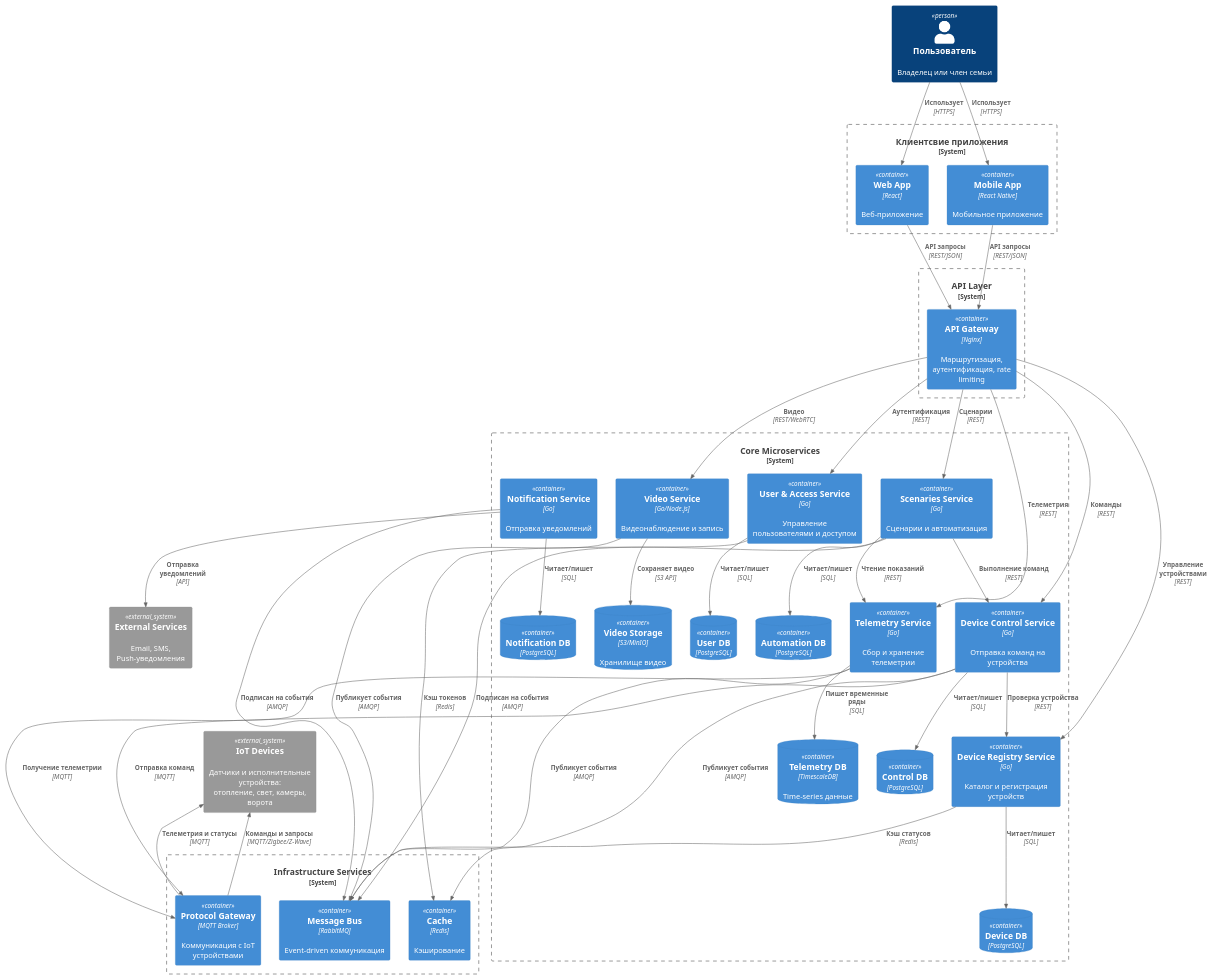
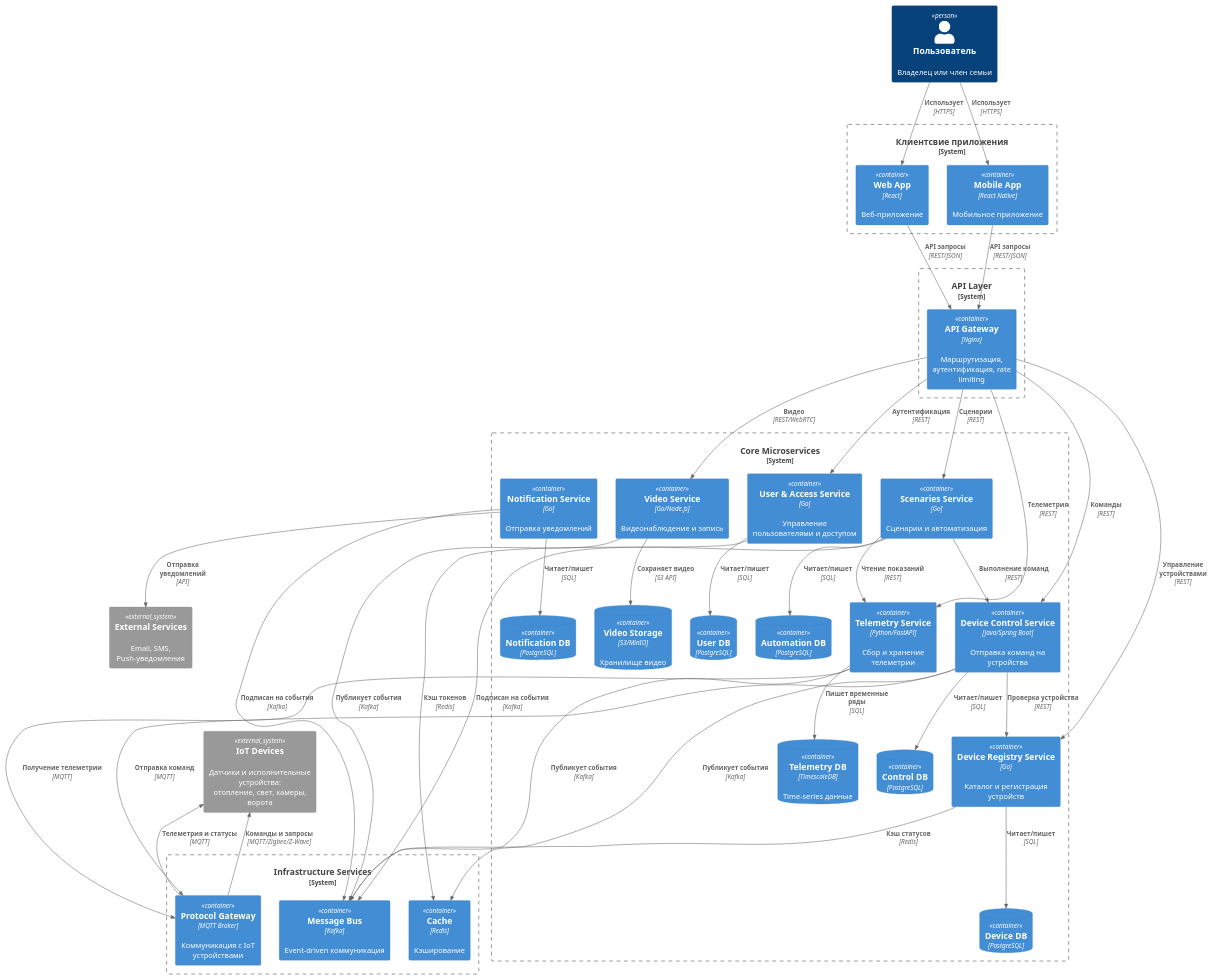
Before and after one commit to Vrg26/pro-warmhouse: the diagram in schemas/to_be/containers.puml, drawn with PlantUML. The commit also changed 7 other files, not shown here.

Commit message:
fix diagrams

```diff
--- a/schemas/to_be/containers.puml
+++ b/schemas/to_be/containers.puml
@@ -1,88 +1,88 @@
 @startuml
 !includeurl ../C4-lib/c4_Container.puml
 
 Person(user, "Пользователь", "Владелец или член семьи")
 
 System_Boundary(clientApps, "Клиентсвие приложения") {
     Container(webApp, "Web App", "React", "Веб-приложение")
     Container(mobileApp, "Mobile App", "React Native", "Мобильное приложение")
 }
 
 System_Boundary(apiLayer, "API Layer") {
     Container(apiGateway, "API Gateway", "Nginx", "Маршрутизация, аутентификация, rate limiting")
 }
 
 System_Boundary(coreServices, "Core Microservices") {
     Container(userService, "User & Access Service", "Go", "Управление пользователями и доступом")
     ContainerDb(userDb, "User DB", "PostgreSQL", "")
 
     Container(deviceRegistry, "Device Registry Service", "Go", "Каталог и регистрация устройств")
     ContainerDb(deviceDb, "Device DB", "PostgreSQL", "")
 
-    Container(deviceControl, "Device Control Service", "Go", "Отправка команд на устройства")
+    Container(deviceControl, "Device Control Service", "Java/Spring Boot", "Отправка команд на устройства")
     ContainerDb(controlDb, "Control DB", "PostgreSQL", "")
 
-    Container(telemetryService, "Telemetry Service", "Go", "Сбор и хранение телеметрии")
+    Container(telemetryService, "Telemetry Service", "Python/FastAPI", "Сбор и хранение телеметрии")
     ContainerDb(telemetryDb, "Telemetry DB", "TimescaleDB", "Time-series данные")
 
     Container(automationService, "Scenaries Service", "Go", "Сценарии и автоматизация")
     ContainerDb(automationDb, "Automation DB", "PostgreSQL", "")
 
     Container(notificationService, "Notification Service", "Go", "Отправка уведомлений")
     ContainerDb(notificationDb, "Notification DB", "PostgreSQL", "")
 
     Container(videoService, "Video Service", "Go/Node.js", "Видеонаблюдение и запись")
     ContainerDb(videoStorage, "Video Storage", "S3/MinIO", "Хранилище видео")
 }
 
 System_Boundary(infrastructure, "Infrastructure Services") {
     Container(protocolGateway, "Protocol Gateway", "MQTT Broker", "Коммуникация с IoT устройствами")
-    Container(messageBus, "Message Bus", "RabbitMQ", "Event-driven коммуникация")
+    Container(messageBus, "Message Bus", "Kafka", "Event-driven коммуникация")
     Container(cache, "Cache", "Redis", "Кэширование")
 }
 
 System_Ext(externalServices, "External Services", "Email, SMS, Push-уведомления")
 System_Ext(iotDevices, "IoT Devices", "Датчики и исполнительные устройства:\nотопление, свет, камеры, ворота")
 
 Rel(user, webApp, "Использует", "HTTPS")
 Rel(user, mobileApp, "Использует", "HTTPS")
 
 Rel(webApp, apiGateway, "API запросы", "REST/JSON")
 Rel(mobileApp, apiGateway, "API запросы", "REST/JSON")
 
 Rel(apiGateway, userService, "Аутентификация", "REST")
 Rel(apiGateway, deviceRegistry, "Управление устройствами", "REST")
 Rel(apiGateway, deviceControl, "Команды", "REST")
 Rel(apiGateway, telemetryService, "Телеметрия", "REST")
 Rel(apiGateway, automationService, "Сценарии", "REST")
 Rel(apiGateway, videoService, "Видео", "REST/WebRTC")
 
 Rel(userService, userDb, "Читает/пишет", "SQL")
 Rel(deviceRegistry, deviceDb, "Читает/пишет", "SQL")
 Rel(deviceControl, controlDb, "Читает/пишет", "SQL")
 Rel(telemetryService, telemetryDb, "Пишет временные ряды", "SQL")
 Rel(automationService, automationDb, "Читает/пишет", "SQL")
 Rel(notificationService, notificationDb, "Читает/пишет", "SQL")
 Rel(videoService, videoStorage, "Сохраняет видео", "S3 API")
 
 Rel(deviceControl, deviceRegistry, "Проверка устройства", "REST")
 Rel(automationService, deviceControl, "Выполнение команд", "REST")
 Rel(automationService, telemetryService, "Чтение показаний", "REST")
 
 Rel(deviceControl, protocolGateway, "Отправка команд", "MQTT")
 Rel(telemetryService, protocolGateway, "Получение телеметрии", "MQTT")
 Rel(userService, cache, "Кэш токенов", "Redis")
 Rel(deviceRegistry, cache, "Кэш статусов", "Redis")
 
-Rel(deviceControl, messageBus, "Публикует события", "AMQP")
-Rel(telemetryService, messageBus, "Публикует события", "AMQP")
-Rel(videoService, messageBus, "Публикует события", "AMQP")
-Rel(automationService, messageBus, "Подписан на события", "AMQP")
-Rel(notificationService, messageBus, "Подписан на события", "AMQP")
+Rel(deviceControl, messageBus, "Публикует события", "Kafka")
+Rel(telemetryService, messageBus, "Публикует события", "Kafka")
+Rel(videoService, messageBus, "Публикует события", "Kafka")
+Rel(automationService, messageBus, "Подписан на события", "Kafka")
+Rel(notificationService, messageBus, "Подписан на события", "Kafka")
 
 Rel(protocolGateway, iotDevices, "Команды и запросы", "MQTT/Zigbee/Z-Wave")
 Rel_Back(iotDevices, protocolGateway, "Телеметрия и статусы", "MQTT")
 
 Rel(notificationService, externalServices, "Отправка уведомлений", "API")
 
 @enduml
```
